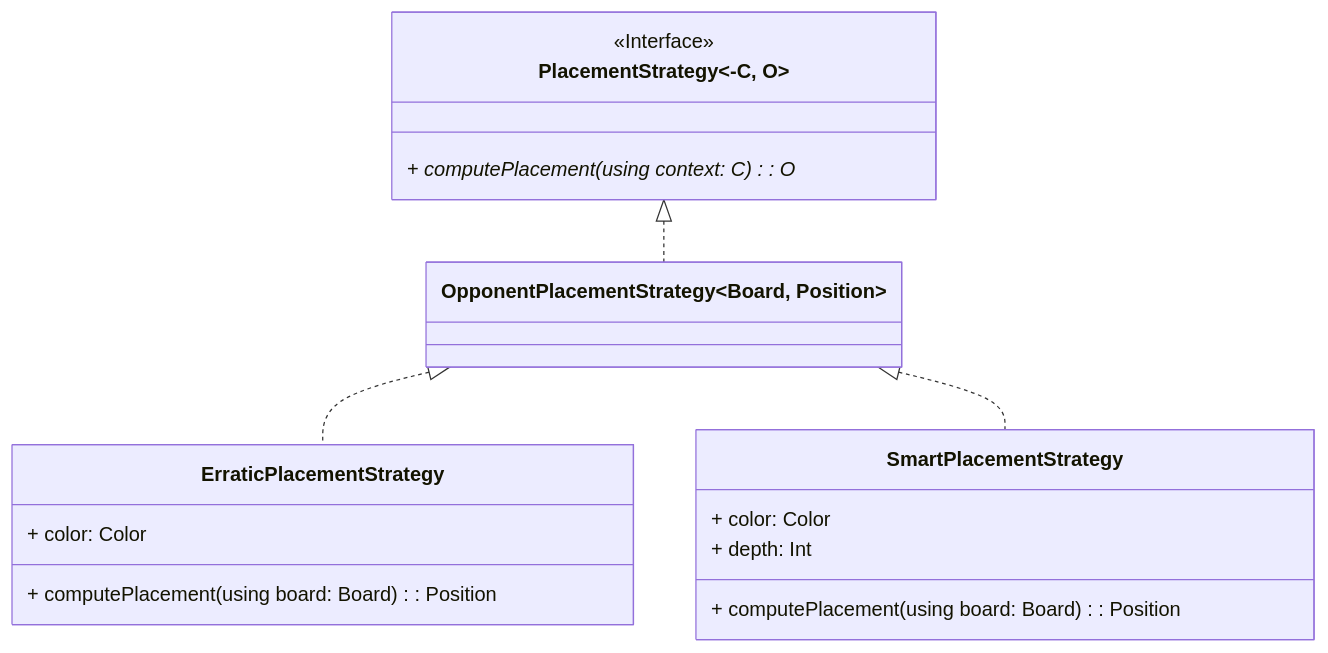
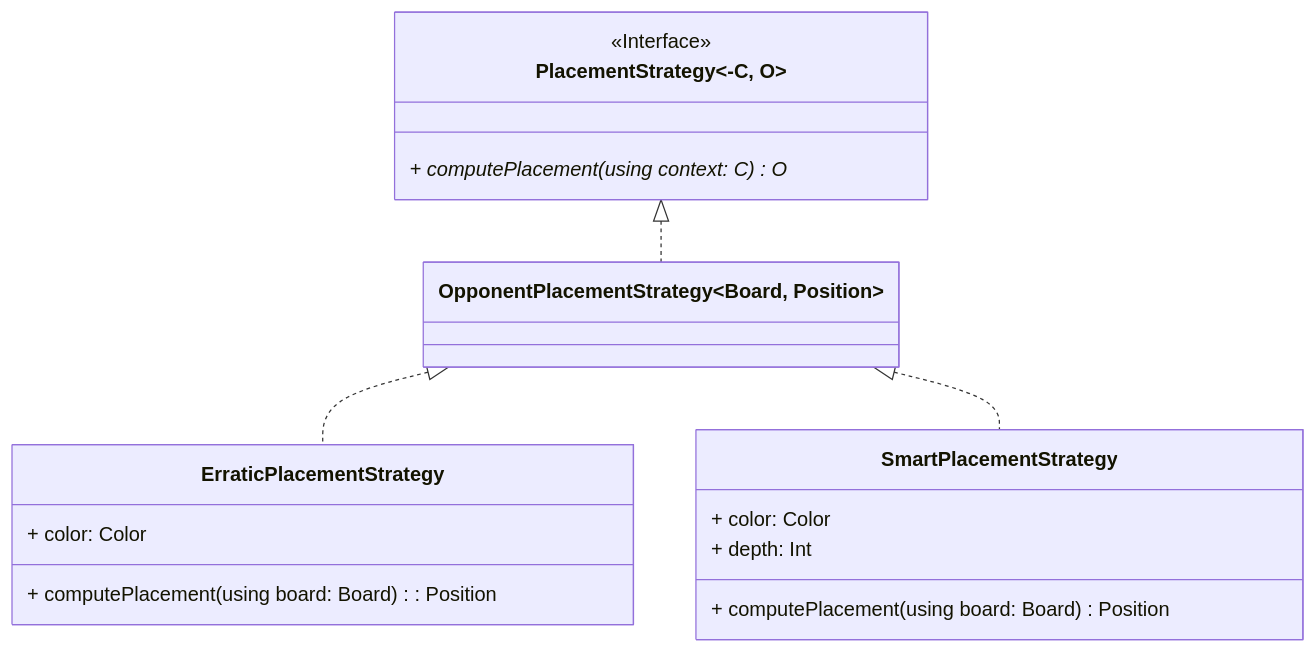
The sixth of 14 diagrams in docs/report/4-detailed-design.md (Borgotto/PPS-25-scalatello), drawn with Mermaid before and after one commit. The commit also changed other lines of this file and 10 other files, not shown here.

````diff
--- a/docs/report/4-detailed-design.md
+++ b/docs/report/4-detailed-design.md
@@ -227,21 +227,21 @@
 ```mermaid
 classDiagram
     class PlacementStrategy~-C, O~ <<Interface>> {
-        + computePlacement(using context: C)*: O
+        + computePlacement(using context: C)* O
     }
     class OpponentPlacementStrategy ~Board, Position~ {
     }
     class ErraticPlacementStrategy {
         + color: Color
         + computePlacement(using board: Board): Position
     }
     class SmartPlacementStrategy {
         + color: Color
         + depth: Int
-        + computePlacement(using board: Board): Position
+        + computePlacement(using board: Board) Position
     }
 
     PlacementStrategy <|.. OpponentPlacementStrategy
     OpponentPlacementStrategy <|.. ErraticPlacementStrategy
     OpponentPlacementStrategy <|.. SmartPlacementStrategy
 ```
````
